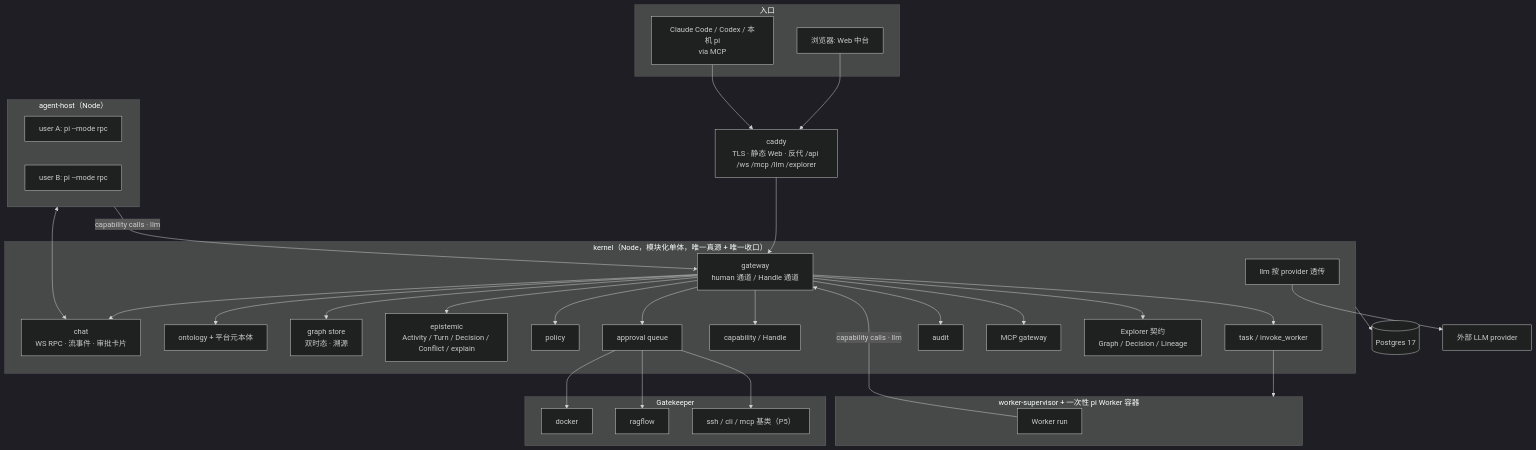
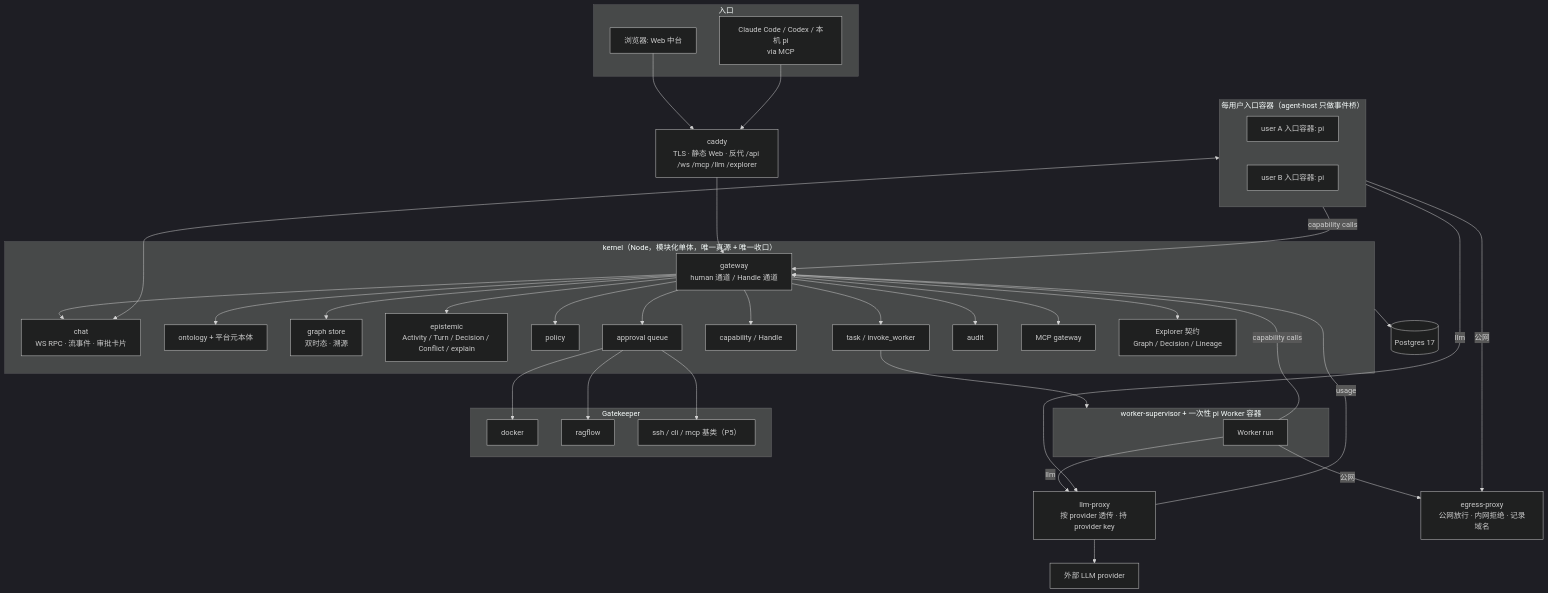
The second of 3 diagrams in docs/graph-ai-middle-platform-design.md (btnalit/NextTime-AI), drawn with Mermaid (dark theme) before and after one commit. The commit also changed other lines of this file and 2 other files, not shown here.

````diff
--- a/docs/graph-ai-middle-platform-design.md
+++ b/docs/graph-ai-middle-platform-design.md
@@ -262,47 +263,50 @@
 ```mermaid
 flowchart TB
   subgraph Edge[入口]
     B[浏览器: Web 中台]
     CC[Claude Code / Codex / 本机 pi<br/>via MCP]
   end
   CADDY[caddy<br/>TLS · 静态 Web · 反代 /api /ws /mcp /llm /explorer]
   subgraph Kernel[kernel（Node，模块化单体，唯一真源 + 唯一收口）]
     GW[gateway<br/>human 通道 / Handle 通道]
     CHAT[chat<br/>WS RPC · 流事件 · 审批卡片]
     ONT[ontology + 平台元本体]
     GRAPH[graph store<br/>双时态 · 溯源]
     EPI[epistemic<br/>Activity / Turn / Decision / Conflict / explain]
     POL[policy]
     AQ[approval queue]
     CAP[capability / Handle]
     TASK[task / invoke_worker]
     AUD[audit]
-    LLM[llm 按 provider 透传]
     MCP[MCP gateway]
     EXP[Explorer 契约<br/>Graph / Decision / Lineage]
   end
-  subgraph Host[agent-host（Node）]
-    E1[user A: pi --mode rpc]
-    E2[user B: pi --mode rpc]
+  subgraph Host[每用户入口容器（agent-host 只做事件桥）]
+    E1[user A 入口容器: pi]
+    E2[user B 入口容器: pi]
   end
+  LLMP[llm-proxy<br/>按 provider 透传 · 持 provider key]
+  EGRESS[egress-proxy<br/>公网放行 · 内网拒绝 · 记录域名]
   subgraph Workers[worker-supervisor + 一次性 pi Worker 容器]
     W1[Worker run]
   end
   subgraph GKs[Gatekeeper]
     GD[docker]
     GR[ragflow]
     GS[ssh / cli / mcp 基类（P5）]
   end
   PG[(Postgres 17)]
   MODELS[外部 LLM provider]
   B --> CADDY --> GW
   CC --> CADDY
   GW --> CHAT & ONT & GRAPH & EPI & POL & AQ & CAP & TASK & AUD & MCP & EXP
   CHAT <--> Host
-  Host -->|capability calls · llm| GW
+  Host -->|capability calls| GW
   TASK --> Workers
-  W1 -->|capability calls · llm| GW
+  W1 -->|capability calls| GW
+  Host & W1 -->|llm| LLMP --> MODELS
+  Host & W1 -->|公网| EGRESS
+  LLMP -->|usage| GW
   AQ --> GD & GR & GS
-  LLM --> MODELS
   Kernel --> PG
 ```
````
